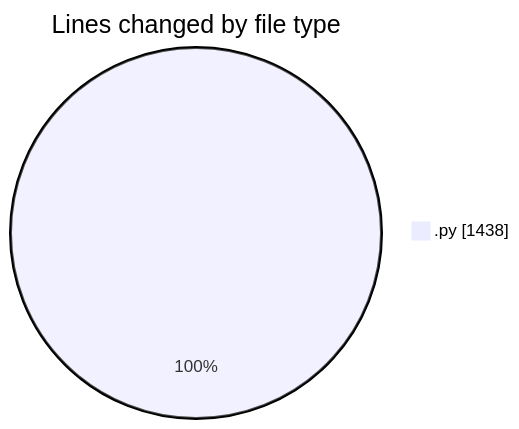
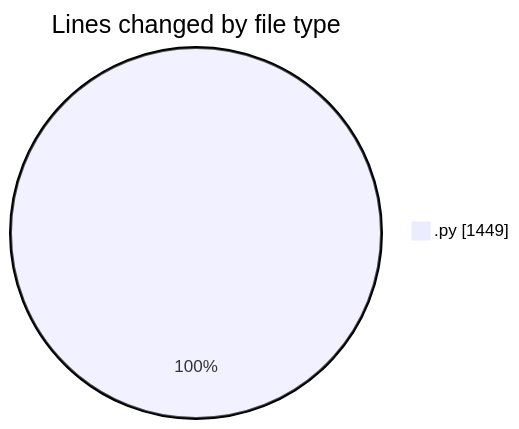
One commit to FelipKnott/code-tracking changed the first of 2 diagrams in 2025-07-03/cursor/README.md. Above: the diagram before and after it, drawn with Mermaid. The commit also changed other lines of this file and 1 other file, not shown here.

````diff
--- a/2025-07-03/cursor/README.md
+++ b/2025-07-03/cursor/README.md
@@ -27,5 +27,5 @@
 ```mermaid
 pie showData
 title Lines changed by file type
-".py" : 1438
+".py" : 1449
 ```
````
